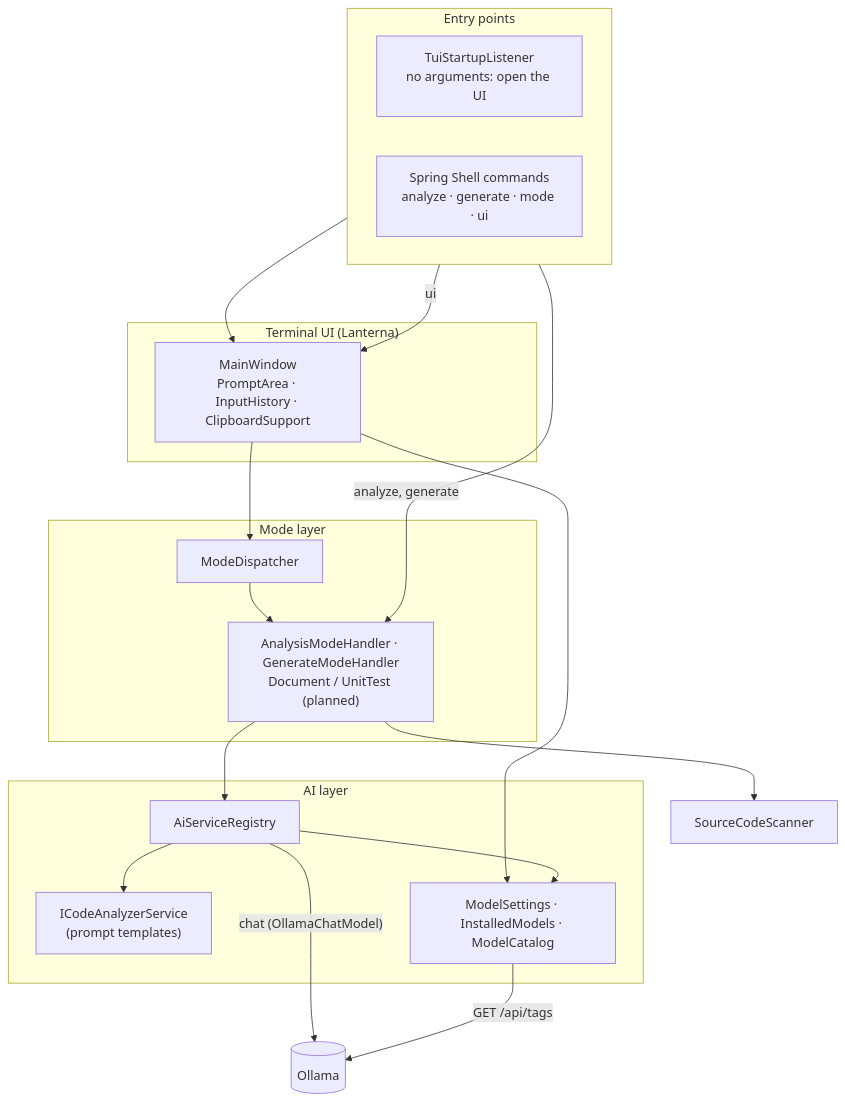
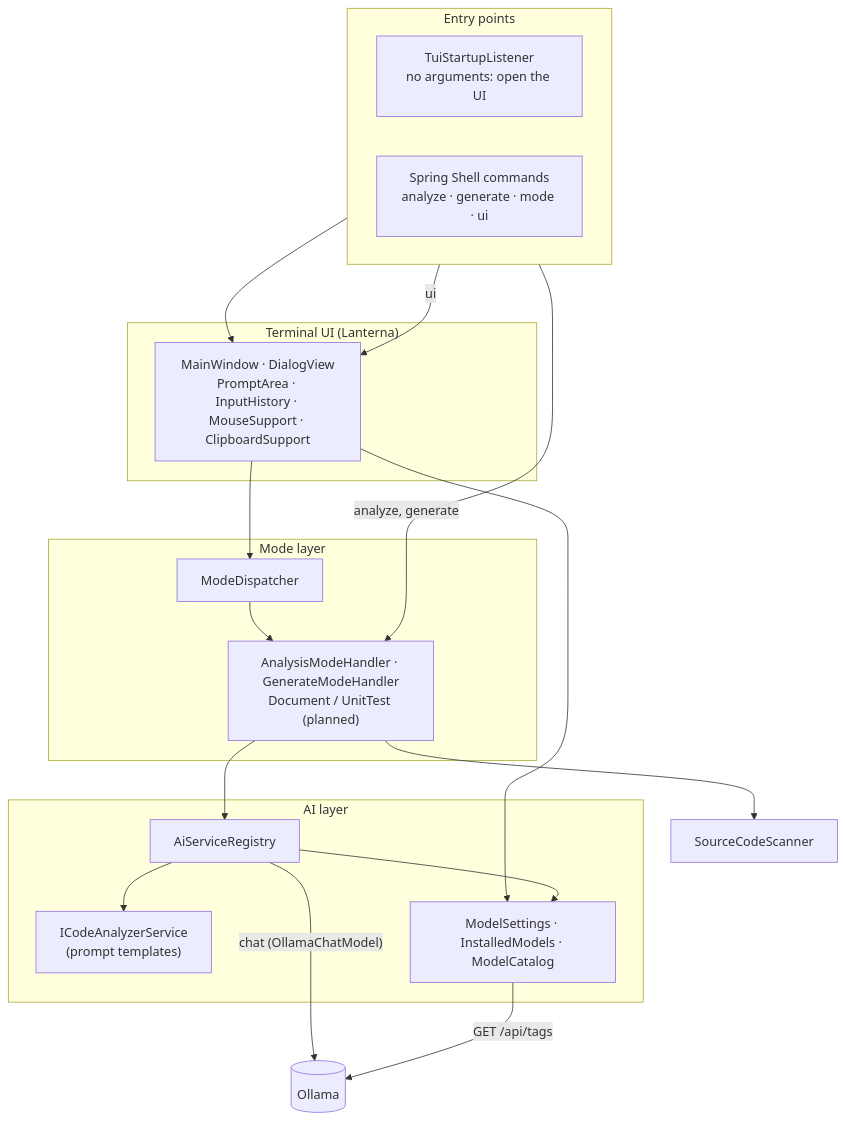
One commit to burak-can-onarim/blue-ring-octopus-cli changed the second of 5 diagrams in docs/ARCHITECTURE.md. Above: the diagram before and after it, drawn with Mermaid. The commit also changed 10 other files, not shown here.

First line of the commit message:
feat: conversation view, auto-follow and new window layout

````diff
--- a/docs/ARCHITECTURE.md
+++ b/docs/ARCHITECTURE.md
@@ -43,37 +43,37 @@
 ```mermaid
 flowchart TB
     subgraph entry["Entry points"]
         direction LR
         starter["TuiStartupListener<br/>no arguments: open the UI"]
         shell["Spring Shell commands<br/>analyze · generate · mode · ui"]
     end
 
     subgraph ui["Terminal UI (Lanterna)"]
-        window["MainWindow<br/>PromptArea · InputHistory · ClipboardSupport"]
+        window["MainWindow · DialogView<br/>PromptArea · InputHistory · MouseSupport · ClipboardSupport"]
     end
 
     subgraph modes["Mode layer"]
         dispatcher["ModeDispatcher"]
         handlers["AnalysisModeHandler · GenerateModeHandler<br/>Document / UnitTest (planned)"]
     end
 
     subgraph ai["AI layer"]
         registry["AiServiceRegistry"]
         service["ICodeAnalyzerService<br/>(prompt templates)"]
         models["ModelSettings · InstalledModels · ModelCatalog"]
     end
 
     scanner["SourceCodeScanner"]
     ollama[("Ollama")]
 
     starter --> window
     window --> dispatcher --> handlers
     shell -->|"analyze, generate"| handlers
     shell -->|"ui"| window
     window --> models
     handlers --> scanner
     handlers --> registry --> service
     registry --> models
     registry -->|"chat (OllamaChatModel)"| ollama
     models -->|"GET /api/tags"| ollama
 ```
````
